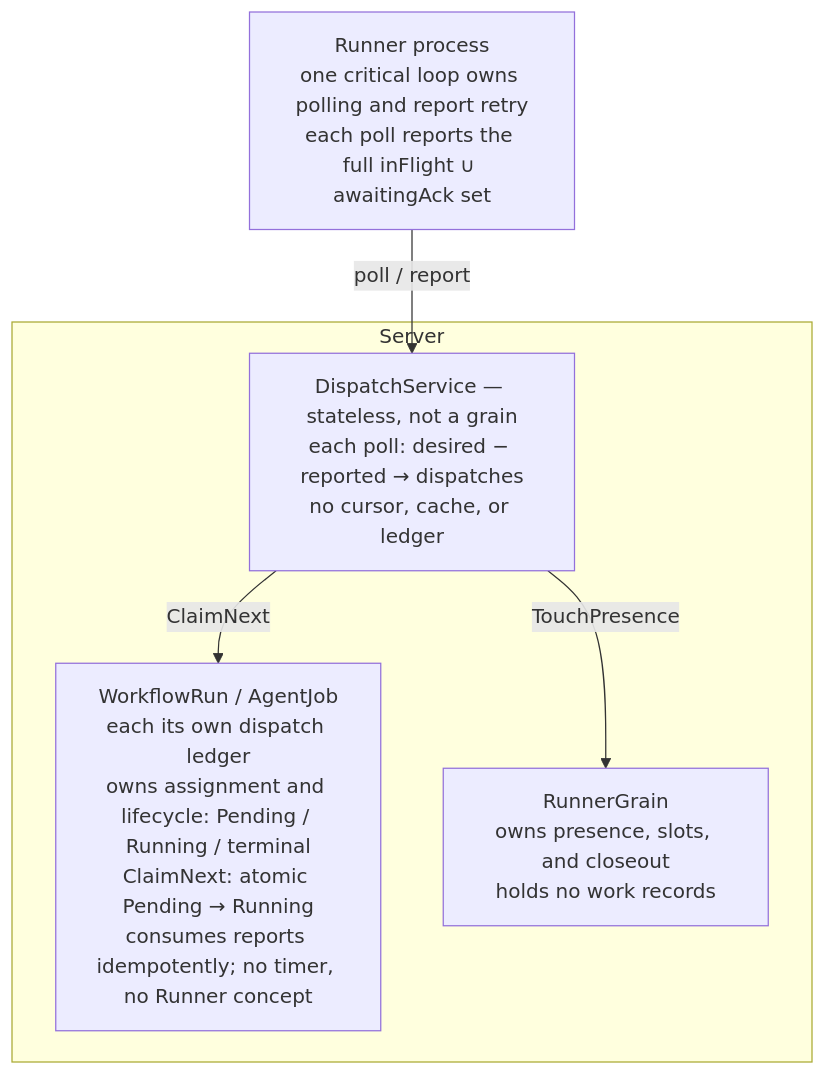
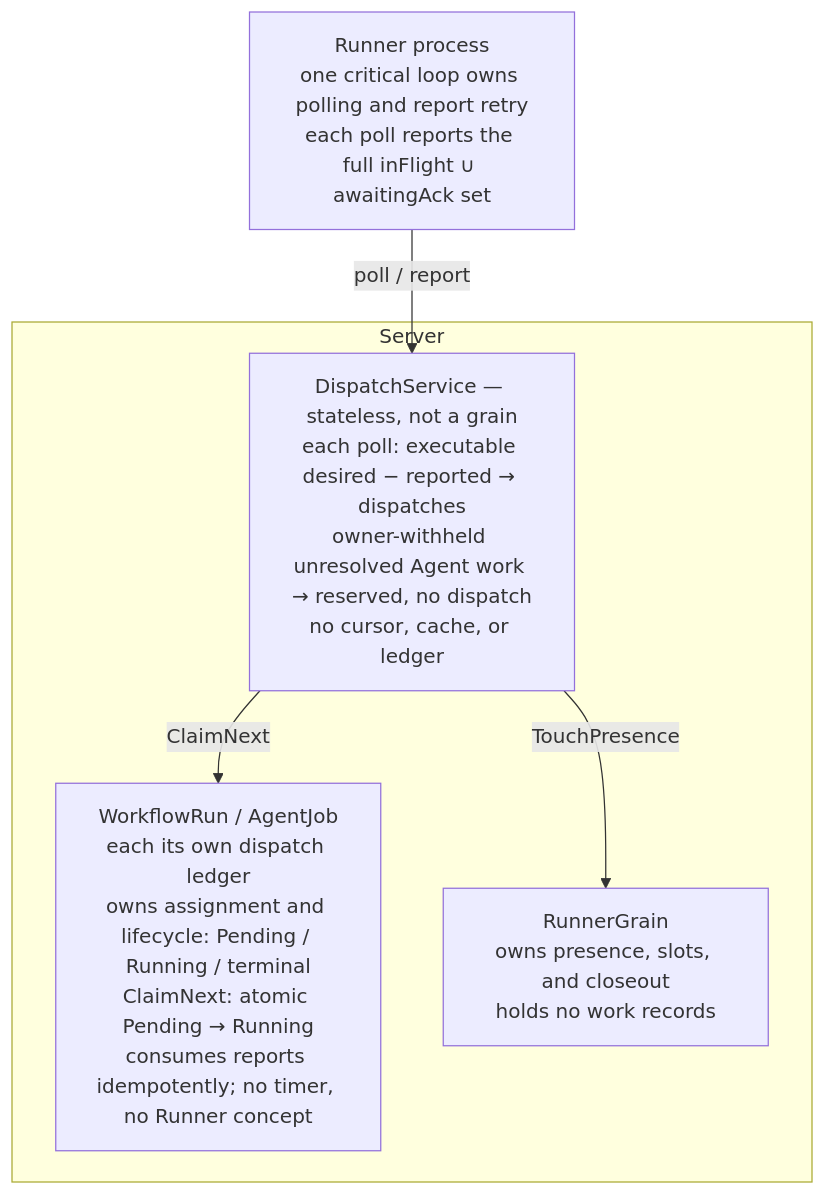
One commit to suraciii/mohist changed the second of 7 diagrams in design/runner.md. Above: the diagram before and after it, drawn with Mermaid. The commit also changed other lines of this file and 15 other files, not shown here.

Commit message:
fix: withhold unresolved agent dispatches (#821)

````diff
--- a/design/runner.md
+++ b/design/runner.md
@@ -46,12 +48,12 @@
 ```mermaid
 flowchart TD
     subgraph Server
         WG["WorkflowRun / AgentJob<br/>each its own dispatch ledger<br/>owns assignment and lifecycle: Pending / Running / terminal<br/>ClaimNext: atomic Pending → Running<br/>consumes reports idempotently; no timer, no Runner concept"]
         RG["RunnerGrain<br/>owns presence, slots, and closeout<br/>holds no work records"]
-        DS["DispatchService — stateless, not a grain<br/>each poll: desired − reported → dispatches<br/>no cursor, cache, or ledger"]
+        DS["DispatchService — stateless, not a grain<br/>each poll: executable desired − reported → dispatches<br/>owner-withheld unresolved Agent work → reserved, no dispatch<br/>no cursor, cache, or ledger"]
     end
     RP["Runner process<br/>one critical loop owns polling and report retry<br/>each poll reports the full inFlight ∪ awaitingAck set"]
     RP -->|poll / report| DS
     DS -->|ClaimNext| WG
     DS -->|TouchPresence| RG
 ```
````
